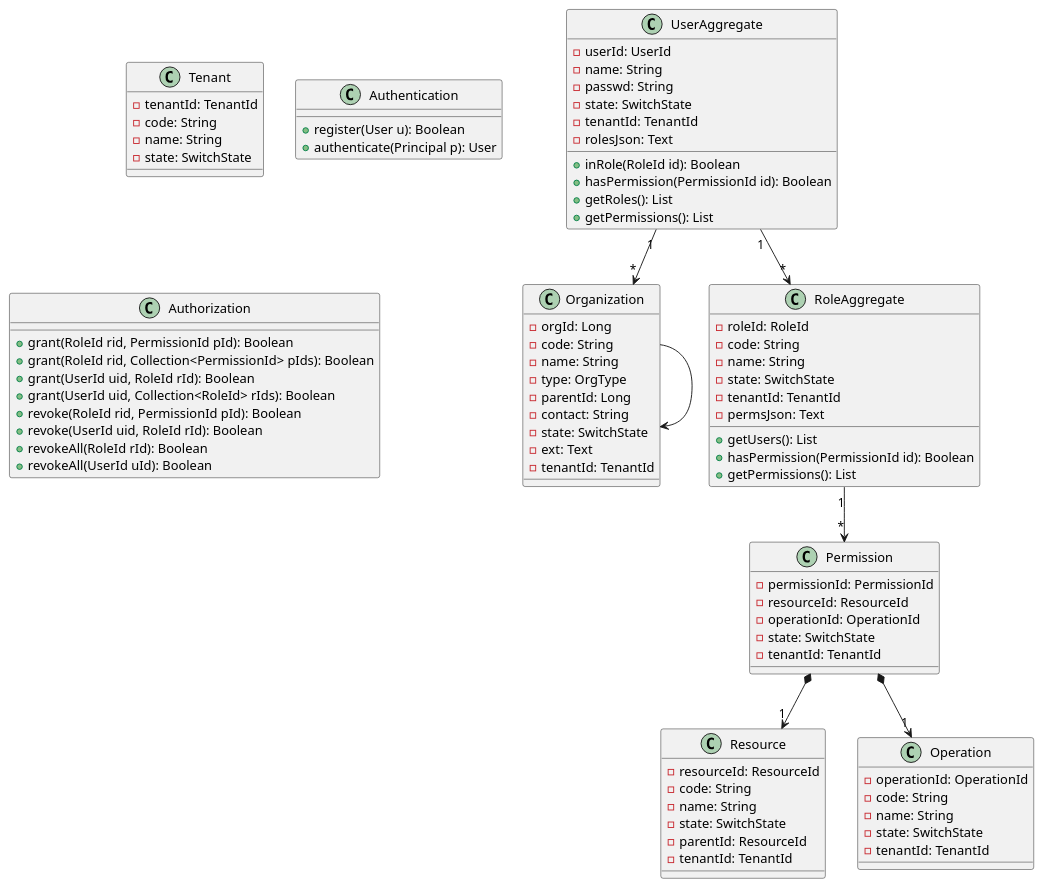
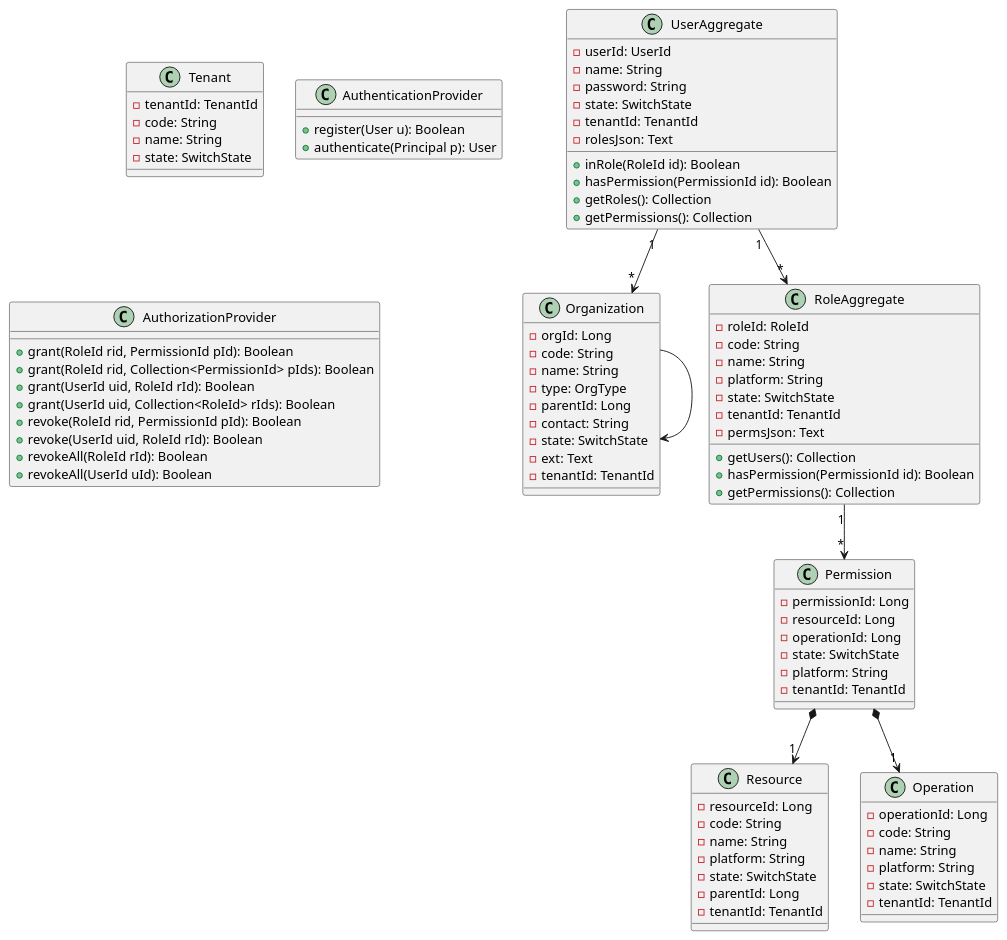
The diagram in documents/dm-oauth/oauth_cls_core.puml (xgyb12458/dm-platform), drawn with PlantUML before and after one commit. The commit also changed 14 other files, not shown here.

```diff
--- a/documents/dm-oauth/oauth_cls_core.puml
+++ b/documents/dm-oauth/oauth_cls_core.puml
@@ -1,115 +1,119 @@
 @startuml 组织与权限
 
 class Tenant {
     - tenantId: TenantId
     - code: String
     - name: String
     - state: SwitchState
 '    - createdAt: Long
 '    - updatedAt: Long
 '    - createdBy: UserId
 '    - updatedBy: UserId
 }
 class Organization {
      - orgId: Long
      - code: String
      - name: String
      - type: OrgType
      - parentId: Long
      - contact: String
      - state: SwitchState
      - ext: Text
      - tenantId: TenantId
  '    - createdAt: Long
  '    - updatedAt: Long
  '    - createdBy: UserId
  '    - updatedBy: UserId
  }
-class Authentication {
+class AuthenticationProvider {
     + register(User u): Boolean
     + authenticate(Principal p): User
 }
-class Authorization {
+class AuthorizationProvider {
     + grant(RoleId rid, PermissionId pId): Boolean
     + grant(RoleId rid, Collection<PermissionId> pIds): Boolean
     + grant(UserId uid, RoleId rId): Boolean
     + grant(UserId uid, Collection<RoleId> rIds): Boolean
     + revoke(RoleId rid, PermissionId pId): Boolean
     + revoke(UserId uid, RoleId rId): Boolean
     + revokeAll(RoleId rId): Boolean
     + revokeAll(UserId uId): Boolean
 }
 class UserAggregate {
     - userId: UserId
     - name: String
-    - passwd: String
+    - password: String
     - state: SwitchState
     - tenantId: TenantId
     - rolesJson: Text
 '    - createdAt: Long
 '    - updatedAt: Long
 '    - createdBy: UserId
 '    - updatedBy: UserId
     + inRole(RoleId id): Boolean
     + hasPermission(PermissionId id): Boolean
-    + getRoles(): List
-    + getPermissions(): List
+    + getRoles(): Collection
+    + getPermissions(): Collection
 }
 class RoleAggregate {
     - roleId: RoleId
     - code: String
     - name: String
+    - platform: String
     - state: SwitchState
     - tenantId: TenantId
     - permsJson: Text
-'    - createdAt: Long
-'    - updatedAt: Long
-'    - createdBy: UserId
-'    - updatedBy: UserId
-    + getUsers(): List
+'    - createdAt: Long 创建时间
+'    - updatedAt: Long 更新时间
+'    - createdBy: UserId 创建人
+'    - updatedBy: UserId 更新人
+    + getUsers(): Collection
     + hasPermission(PermissionId id): Boolean
-    + getPermissions(): List
+    + getPermissions(): Collection
 }
 class Permission {
-    - permissionId: PermissionId
-    - resourceId: ResourceId
-    - operationId: OperationId
+    - permissionId: Long
+    - resourceId: Long
+    - operationId: Long
     - state: SwitchState
+    - platform: String
     - tenantId: TenantId
 '    - createdAt: Long
 '    - updatedAt: Long
 '    - createdBy: UserId
 '    - updatedBy: UserId
 }
 class Resource {
-    - resourceId: ResourceId
+    - resourceId: Long
     - code: String
     - name: String
+    - platform: String
     - state: SwitchState
-    - parentId: ResourceId
+    - parentId: Long
     - tenantId: TenantId
 '    - createdAt: Long
 '    - updatedAt: Long
 '    - createdBy: UserId
 '    - updatedBy: UserId
 }
 class Operation {
-    - operationId: OperationId
+    - operationId: Long
     - code: String
     - name: String
+    - platform: String
     - state: SwitchState
     - tenantId: TenantId
 '    - createdAt: Long
 '    - updatedAt: Long
 '    - createdBy: UserId
 '    - updatedBy: UserId
 }
 
 Organization --> Organization
 UserAggregate "1"-->"*" Organization
 UserAggregate "1"-->"*" RoleAggregate
 RoleAggregate "1"-->"*" Permission
 Permission *-->"1" Resource
 Permission *-->"1" Operation
 
 @enduml
```
